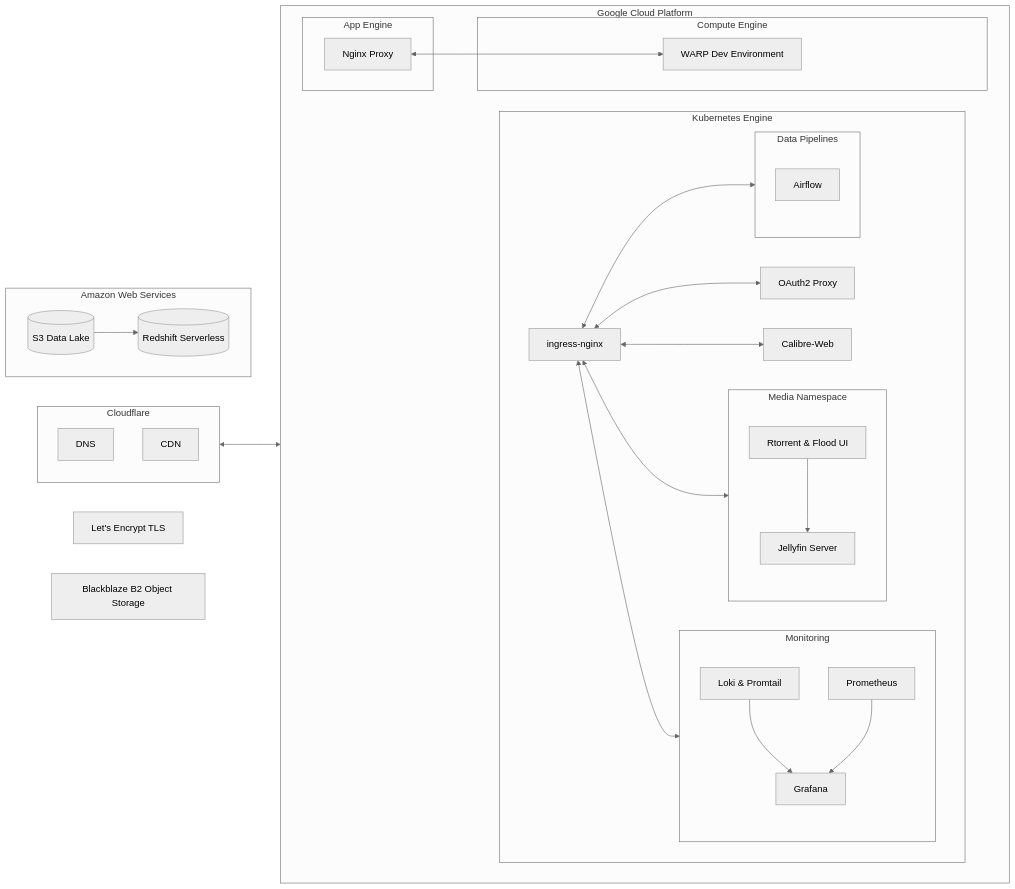
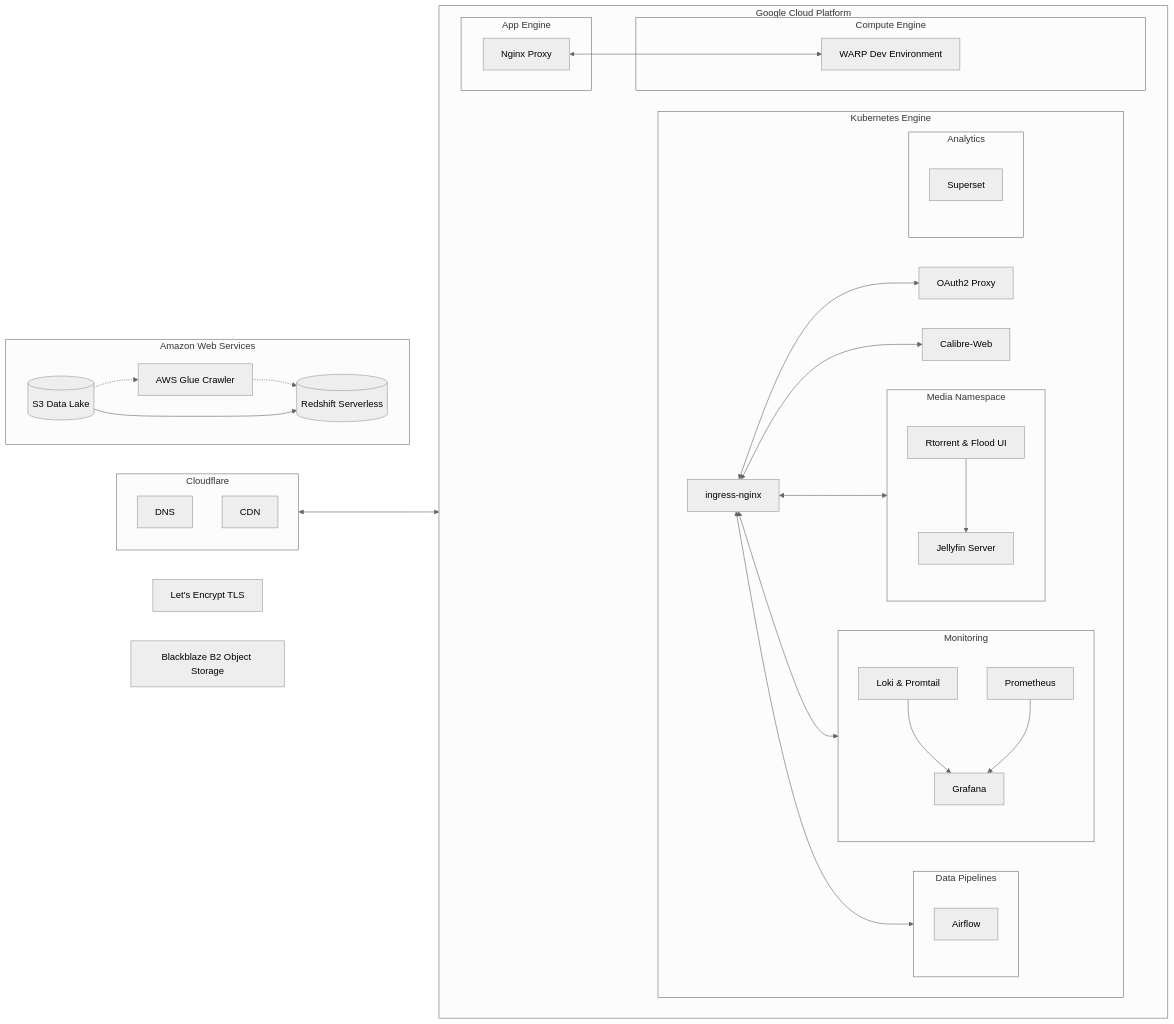
One commit to mrzzy/nimbus changed the diagram in README.md. Above: the diagram before and after it, drawn with Mermaid (neutral theme).

Commit message:
docs(readme): add apache superset & aws glue crawler to diagram

````diff
--- a/README.md
+++ b/README.md
@@ -13,47 +13,51 @@
 ```mermaid
 flowchart LR
     tls[Let's Encrypt TLS]
     b2[Blackblaze B2 Object Storage]
 
     subgraph cf[Cloudflare]
         direction TB
         DNS
         CDN
     end
 
     cf[Cloudflare] <--> gcp
 
     subgraph gcp[Google Cloud Platform]
         direction LR
         subgraph gae[App Engine]
             proxy[Nginx Proxy]
         end
         subgraph gce[Compute Engine]
             dev-env[WARP Dev Environment]
         end
         proxy <--> dev-env
 
         subgraph k8s[Kubernetes Engine]
             direction LR
 
             ingress[ingress-nginx] <--> oauth[OAuth2 Proxy]
             ingress <--> media & monitoring & pipeline & calibre-web[Calibre-Web]
             subgraph media[Media Namespace]
                 torrent[Rtorrent & Flood UI] -->  media-svr[Jellyfin Server]
             end
             subgraph monitoring[Monitoring]
                 log[Loki & Promtail]
                 metrics[Prometheus]
                 log & metrics --> dashboard[Grafana]
             end
             subgraph pipeline[Data Pipelines]
                 airflow[Airflow]
             end
+            subgraph analytics[Analytics]
+                superset[Superset]
+            end
         end
     end
 
     subgraph aws[Amazon Web Services]
         direction LR
+        s3 -.-> glue[AWS Glue Crawler] -.-> redshift
         s3[(S3 Data Lake)] --> redshift[(Redshift Serverless)]
     end
 ```
````
